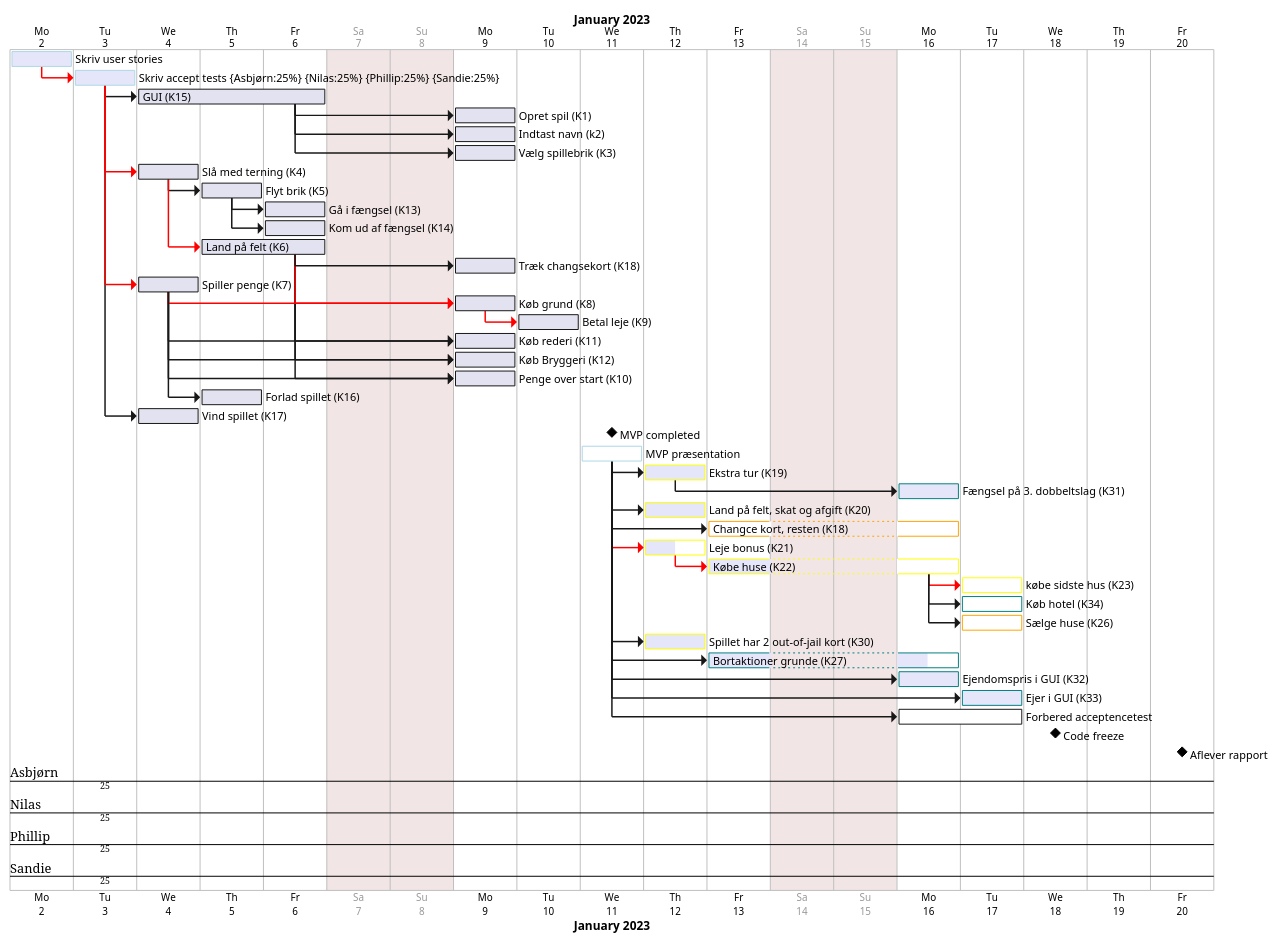
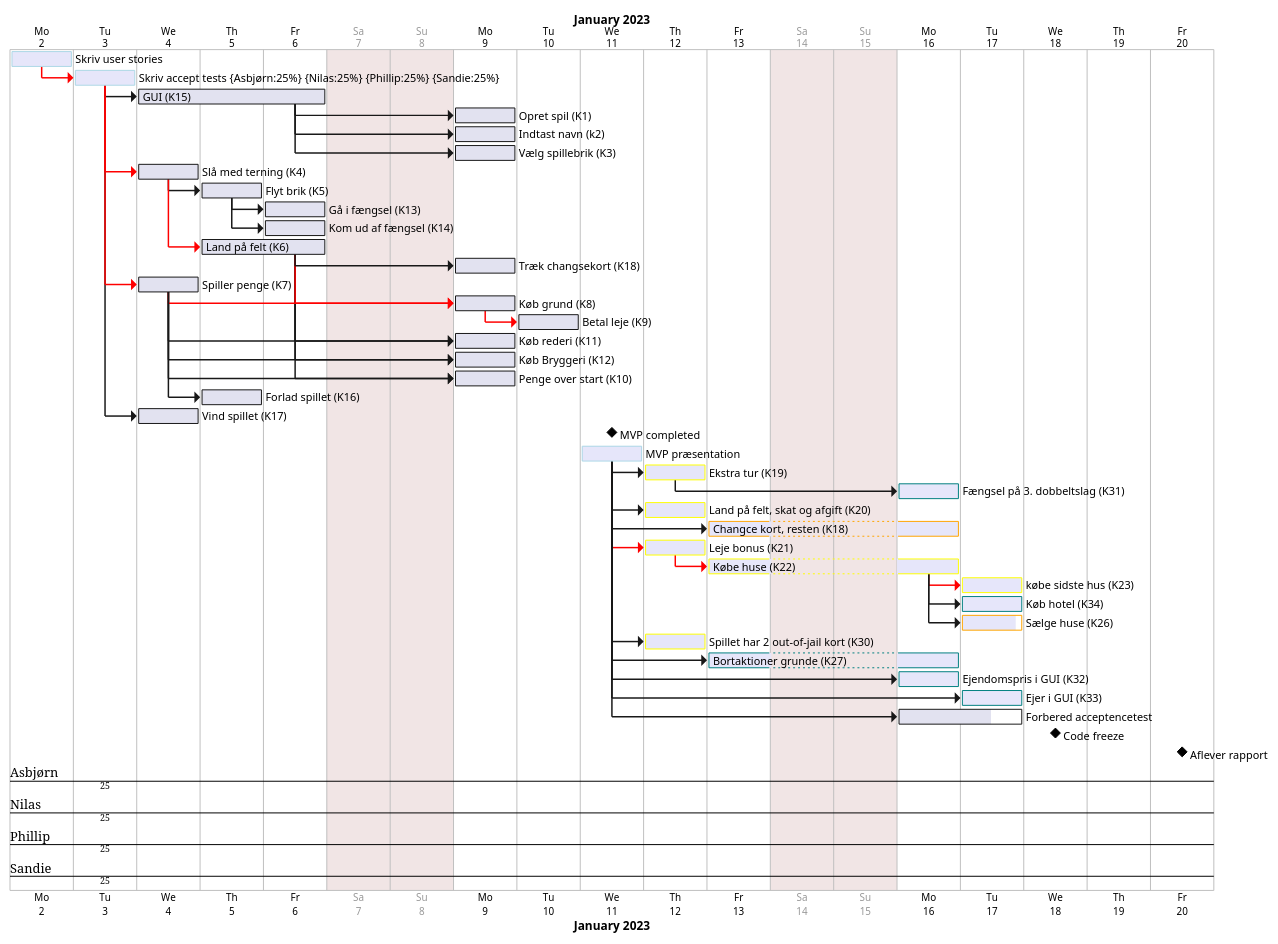
The diagram in src/main/resources/Diagrams/Gantt.puml (Gruppe-10-DTU/CDIO-FINAL), drawn with PlantUML before and after one commit.

Commit message:
gantt update 13.01

```diff
--- a/src/main/resources/Diagrams/Gantt.puml
+++ b/src/main/resources/Diagrams/Gantt.puml
@@ -1,195 +1,192 @@
 @startgantt
 printscale daily zoom 4
 saturday are closed
 sunday are closed
 
 Project starts the 2nd of january 2023
 
 [Skriv user stories] as [TASK1] lasts 1 days
 [TASK1] is colored in Lavender/LightBlue
 [TASK1] is 100% complete
 
 [Skriv accept tests] as [TASK2] on {Asbjørn:25%} {Nilas:25%} {Phillip:25%} {Sandie:25%} lasts 1 days
 [TASK2] is colored in Lavender/LightBlue
 [TASK2] is 100% complete
 
 [GUI (K15)] as [K15] lasts 3 days
 [K15] is 100% complete
 
 [Opret spil (K1)] as [K1] lasts 1 days
 [K1] is 100% complete
 
 [Indtast navn (k2)] as [K2] lasts 1 days
 [K2] is 100% complete
 
 [Vælg spillebrik (K3)] as [K3] lasts 1 days
 [K3] is 100% complete
 
 
 
 [Slå med terning (K4)] as [K4] lasts 1 days
 [K4] is 100% complete
 
 [Flyt brik (K5)] as [K5] lasts 1 days
 [K5] is 100% complete
 
 
 
 [Gå i fængsel (K13)] as [K13] lasts 1 days
 [K13] is 100% complete
 
 [Kom ud af fængsel (K14)] as [K14] lasts 1 days
 [K14] is 100% complete
 
 [Land på felt (K6)] as [K6] lasts 2 days
 [K6] is 100% complete
 
 [Træk changsekort (K18)] as [K18] lasts 1 days
 [K18] is 100% complete
 
 [Spiller penge (K7)] as [K7] lasts 1 days
 [K7] is 100% complete
 
 [Køb grund (K8)] as [K8] lasts 1 days
 [K8] is 100% complete
 
 [Betal leje (K9)] as [K9] lasts 1 days
 [K9] is 100% complete
 
 [Køb rederi (K11)] as [K11] lasts 1 days
 [K11] is 100% complete
 
 [Køb Bryggeri (K12)] as [K12] lasts 1 days
 [K12] is 100% complete
 
 [Penge over start (K10)] as [K10] lasts 1 days
 [K10] is 100% complete
 
 [Forlad spillet (K16)] as [K16] lasts 1 days
 [K16] is 100% complete
 
 [Vind spillet (K17)] as [K17] lasts 1 days
 [K17] is 100% complete
 
 
 
 
 [TASK1]-[#FF0000]->[TASK2]
 [TASK2]->[K15]
 [TASK2]->[K17]
 
 [TASK2]-[#FF0000]->[K7]
 [TASK2]-[#FF0000]->[K4]
 
 [K15]->[K1]
 [K15]->[K2]
 [K15]->[K3]
 
 [K4]->[K5]
 [K4]-[#FF0000]->[K6]
 
 [K7]->[K11]
 [K6]->[K11]
 [K7]->[K12]
 [K6]->[K12]
 [K7]->[K10]
 [K6]->[K10]
 [K7]-[#FF0000]->[K8]
 [K6]-[#FF0000]->[K8]
 [K6]->[K18]
 
 [K7]->[K16]
 
 [K8]-[#FF0000]->[K9]
 
 [K5]->[K13]
 [K5]->[K14]
 
 [MVP completed] happens 2023-01-11
 
 [MVP præsentation] as [MVP] starts 2023-01-11
 [MVP] is colored in Lavender/LightBlue
-[MVP] is 0% complete
+[MVP] is 100% complete
 
 [Ekstra tur (K19)] as [K19] lasts 1 days
 [K19] is colored in Lavender/Yellow
 [K19] is 100% complete
 
 [Fængsel på 3. dobbeltslag (K31)] as [K31] starts 2023-01-16
 [K31] is colored in Lavender/Teal
-[K31] is 1000% complete
+[K31] is 100% complete
 
 [Land på felt, skat og afgift (K20)] as [K20] lasts 1 days
 [K20] is colored in Lavender/Yellow
 [K20] is 100% complete
 
 [Changce kort, resten (K18)] as [K18.2] starts 2023-01-13
 [Changce kort, resten (K18)] as [K18.2] ends 2023-01-16
 [K18.2] is colored in Lavender/Orange
-[K18.2] is 0% complete
+[K18.2] is 100% complete
 
 [Leje bonus (K21)] as [K21] lasts 1 days
 [K21] is colored in Lavender/Yellow
-[K21] is 50% complete
+[K21] is 100% complete
 
 [Købe huse (K22)] as [K22] lasts 2 days
 [K22] is colored in Lavender/Yellow
-[K22] is 50% complete
+[K22] is 100% complete
 
 [købe sidste hus (K23)] as [K23] lasts 1 days
 [K23] is colored in Lavender/Yellow
-[K23] is 0% complete
+[K23] is 100% complete
 
 [Køb hotel (K34)] as [K34] lasts 1 days
 [K34] is colored in Lavender/Teal
-[K34] is 0% complete
+[K34] is 100% complete
 
 [Sælge huse (K26)] as [K26] lasts 1 days
 [K26] is colored in Lavender/Orange
-[K26] is 0% complete
+[K26] is 90% complete
 
 [Spillet har 2 out-of-jail kort (K30)] as [K30] lasts 1 days
 [K30] is colored in Lavender/Yellow
 [K30] is 100% complete
 
 [Bortaktioner grunde (K27)] as [K27] starts 2023-01-13
 [Bortaktioner grunde (K27)] as [K27] ends 2023-01-16
 [K27] is colored in Lavender/Teal
-[K27] is 75% complete
+[K27] is 100% complete
 
 [Ejendomspris i GUI (K32)] as [K32] starts 2023-01-16
 [K32] is colored in Lavender/Teal
 [K32] is 100% complete
 
 [Ejer i GUI (K33)] as [K33] starts 2023-01-17
 [K33] is colored in Lavender/Teal
 [K33] is 100% complete
 
 [Forbered acceptencetest] as [test] starts 2023-01-16
 [Forbered acceptencetest] as [test] ends 2023-01-17
-[test] is 0% complete
+[test] is 75% complete
 
 [MVP]->[K19]
 [MVP]->[K20]
 [MVP]-[#FF0000]->[K21]
 [MVP]->[K30]
 [MVP]->[K32]
 [MVP]->[K33]
 [MVP]->[K27]
 [MVP]->[K18.2]
 [MVP]->[test]
 
-
 [K21]-[#FF0000]->[K22]
 [K22]-[#FF0000]->[K23]
 [K22]->[K34]
 [K22]->[K26]
 
-
 [K19]->[K31]
-
 
 [Code freeze] happens 2023-01-18
 
 [Aflever rapport] happens 2023-01-20
 @endgantt
```
